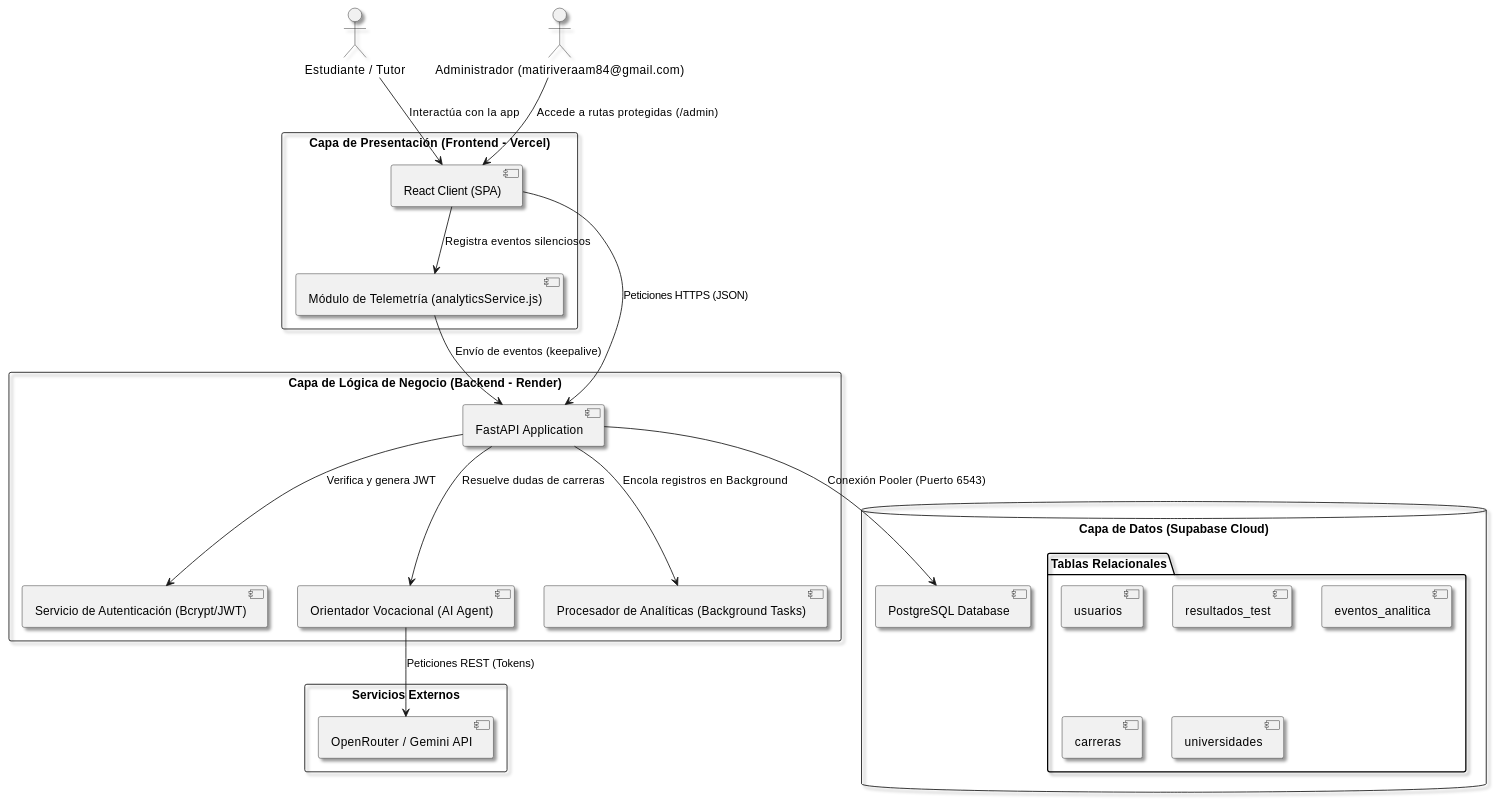
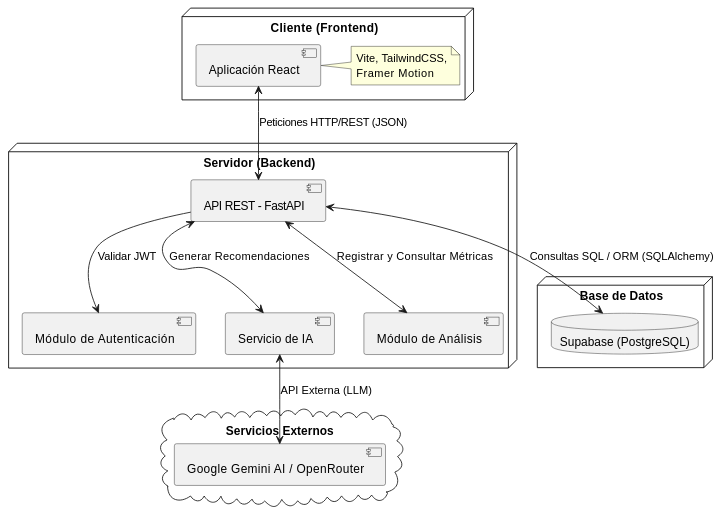
One commit to brujulafutura-coder/proyecto-brujula-futura- changed the diagram in README.md. Above: the diagram before and after it, drawn with PlantUML. The commit also changed other lines of this file and 29 other files, not shown here.

Commit message:
Entrega Final: Proyecto depurado con README profesional y Licencias Open Source actualizadas

````diff
--- a/README.md
+++ b/README.md
@@ -48,53 +11,38 @@
 ```plantuml
 @startuml
-skinparam handwritten false
-skinparam monochrome false
-skinparam packageStyle rect
-skinparam shadowing true
-
-actor "Estudiante / Tutor" as User
-actor "Administrador (matiriveraam84@gmail.com)" as Admin
-
-package "Capa de Presentación (Frontend - Vercel)" {
-    [React Client (SPA)] as FE
-    [Módulo de Telemetría (analyticsService.js)] as FEAnalytics
+skinparam componentStyle uml2
+skinparam backgroundColor white
+skinparam defaultFontName Arial
+skinparam node {
+    BackgroundColor white
+    BorderColor black
 }
 
-package "Capa de Lógica de Negocio (Backend - Render)" {
-    [FastAPI Application] as BE
-    [Servicio de Autenticación (Bcrypt/JWT)] as Auth
-    [Orientador Vocacional (AI Agent)] as ChatBot
-    [Procesador de Analíticas (Background Tasks)] as BEAnalytics
+node "Cliente (Frontend)" {
+    [Aplicación React] as ReactApp
+    note right of ReactApp : Vite, TailwindCSS,\nFramer Motion
 }
 
-database "Capa de Datos (Supabase Cloud)" {
-    [PostgreSQL Database] as DB
-    
-    folder "Tablas Relacionales" {
-        [usuarios]
-        [resultados_test]
-        [eventos_analitica]
-        [carreras]
-        [universidades]
-    }
+node "Servidor (Backend)" {
+    [API REST - FastAPI] as FastAPI
+    [Módulo de Autenticación] as Auth
+    [Servicio de IA] as AIService
+    [Módulo de Análisis] as Analytics
 }
 
-package "Servicios Externos" {
-    [OpenRouter / Gemini API] as Gemini
+node "Base de Datos" {
+    database "Supabase (PostgreSQL)" as SupabaseDB
 }
 
-User --> FE : Interactúa con la app
-Admin --> FE : Accede a rutas protegidas (/admin)
-FE --> FEAnalytics : Registra eventos silenciosos
+cloud "Servicios Externos" {
+    [Google Gemini AI / OpenRouter] as ExternalAI
+}
 
-FE --> BE : Peticiones HTTPS (JSON)
-FEAnalytics --> BE : Envío de eventos (keepalive)
-
-BE --> Auth : Verifica y genera JWT
-BE --> ChatBot : Resuelve dudas de carreras
-BE --> BEAnalytics : Encola registros en Background
-
-ChatBot --> Gemini : Peticiones REST (Tokens)
-BE --> DB : Conexión Pooler (Puerto 6543)
+ReactApp <--> FastAPI : Peticiones HTTP/REST (JSON)
+FastAPI --> Auth : Validar JWT
+FastAPI <--> SupabaseDB : Consultas SQL / ORM (SQLAlchemy)
+FastAPI <--> AIService : Generar Recomendaciones
+AIService <--> ExternalAI : API Externa (LLM)
+FastAPI <--> Analytics : Registrar y Consultar Métricas
 @enduml
 ```
````
